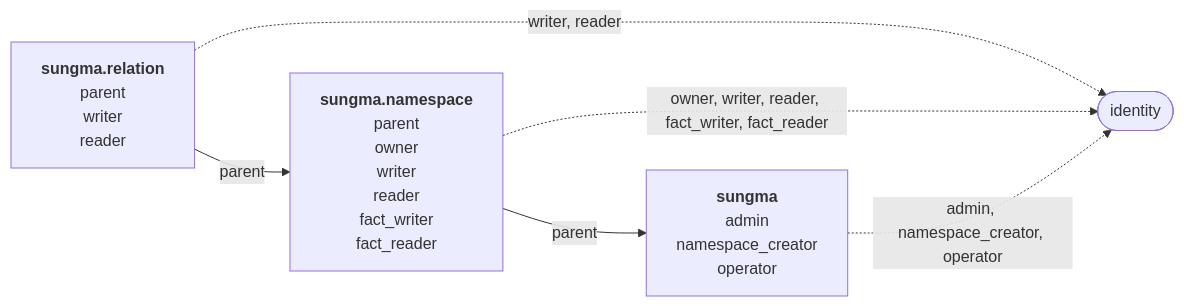
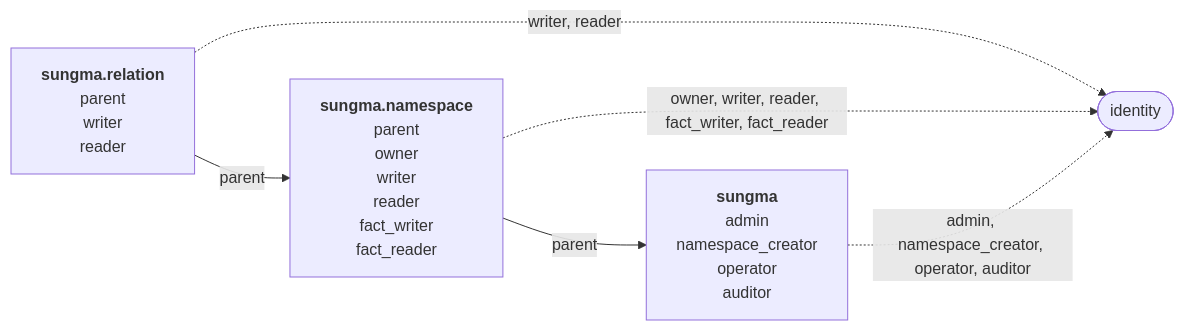
One commit to marklauter/Sungma changed the diagram in docs/specs/sungma-authorization.md. Above: the diagram before and after it, drawn with Mermaid. The commit also changed other lines of this file, not shown here.

Commit message:
Add an auditor role that reads everything and changes nothing

````diff
--- a/docs/specs/sungma-authorization.md
+++ b/docs/specs/sungma-authorization.md
@@ -62,12 +63,12 @@
 ```mermaid
 flowchart LR
   relation["<b>sungma.relation</b><br/>parent<br/>writer<br/>reader"]
   namespace["<b>sungma.namespace</b><br/>parent<br/>owner<br/>writer<br/>reader<br/>fact_writer<br/>fact_reader"]
-  sungma["<b>sungma</b><br/>admin<br/>namespace_creator<br/>operator"]
+  sungma["<b>sungma</b><br/>admin<br/>namespace_creator<br/>operator<br/>auditor"]
   identity(["identity"])
   relation -- parent --> namespace
   namespace -- parent --> sungma
   relation -. "writer, reader" .-> identity
   namespace -. "owner, writer, reader, fact_writer, fact_reader" .-> identity
-  sungma -. "admin, namespace_creator, operator" .-> identity
+  sungma -. "admin, namespace_creator, operator, auditor" .-> identity
 ```
````
